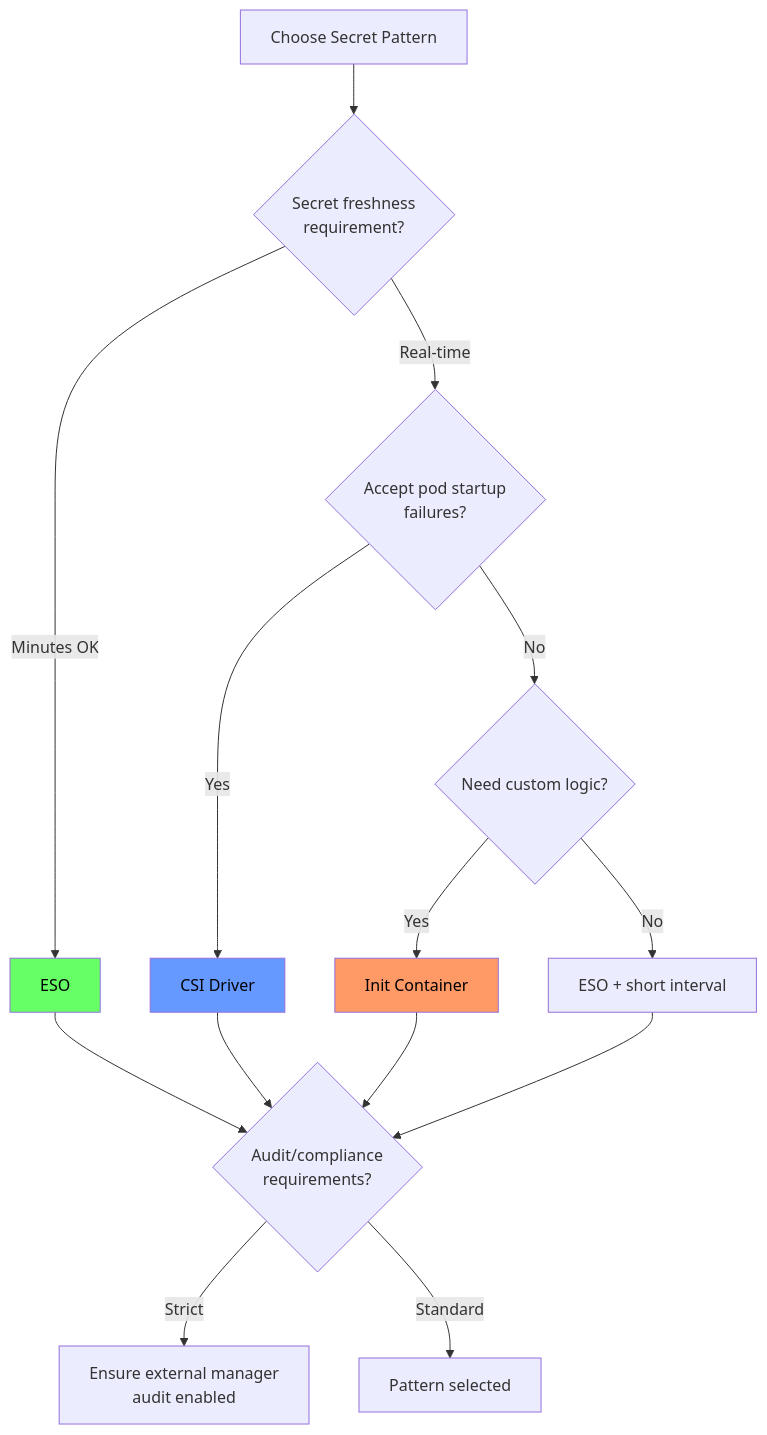
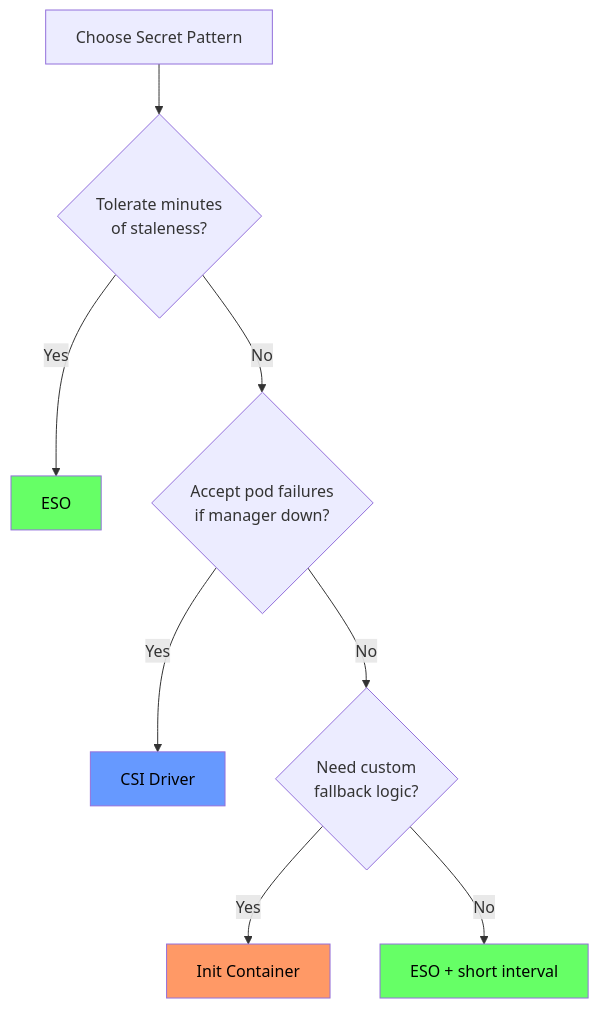
Before and after one commit to webstackdev/astro.webstackbuilders.com: the diagram in src/content/articles/kubernetes-secrets-external-secrets-operator-csi-vault/index.mdx, drawn with Mermaid. The commit also changed other lines of this file and 4 other files, not shown here.

Commit message:
Add kubernetes-secrets-external-secrets-operator-csi-vault article

````diff
--- a/src/content/articles/kubernetes-secrets-external-secrets-operator-csi-vault/index.mdx
+++ b/src/content/articles/kubernetes-secrets-external-secrets-operator-csi-vault/index.mdx
@@ -1077,26 +77,18 @@
 ```mermaid
 flowchart TD
-    A[Choose Secret Pattern] --> B{Secret freshness<br/>requirement?}
+    A[Choose Secret Pattern] --> B{Tolerate minutes<br/>of staleness?}
 
-    B -->|Real-time| C{Accept pod startup<br/>failures?}
-    B -->|Minutes OK| D[ESO]
+    B -->|Yes| C[ESO]
+    B -->|No| D{Accept pod failures<br/>if manager down?}
 
-    C -->|Yes| E[CSI Driver]
-    C -->|No| F{Need custom logic?}
+    D -->|Yes| E[CSI Driver]
+    D -->|No| F{Need custom<br/>fallback logic?}
 
     F -->|Yes| G[Init Container]
     F -->|No| H[ESO + short interval]
 
-    I{Audit/compliance<br/>requirements?}
-    D --> I
-    E --> I
-    G --> I
-    H --> I
-
-    I -->|Strict| J[Ensure external manager<br/>audit enabled]
-    I -->|Standard| K[Pattern selected]
-
-    style D fill:#6f6,color:#000
+    style C fill:#6f6,color:#000
     style E fill:#69f,color:#000
     style G fill:#f96,color:#000
+    style H fill:#6f6,color:#000
 ```
````
